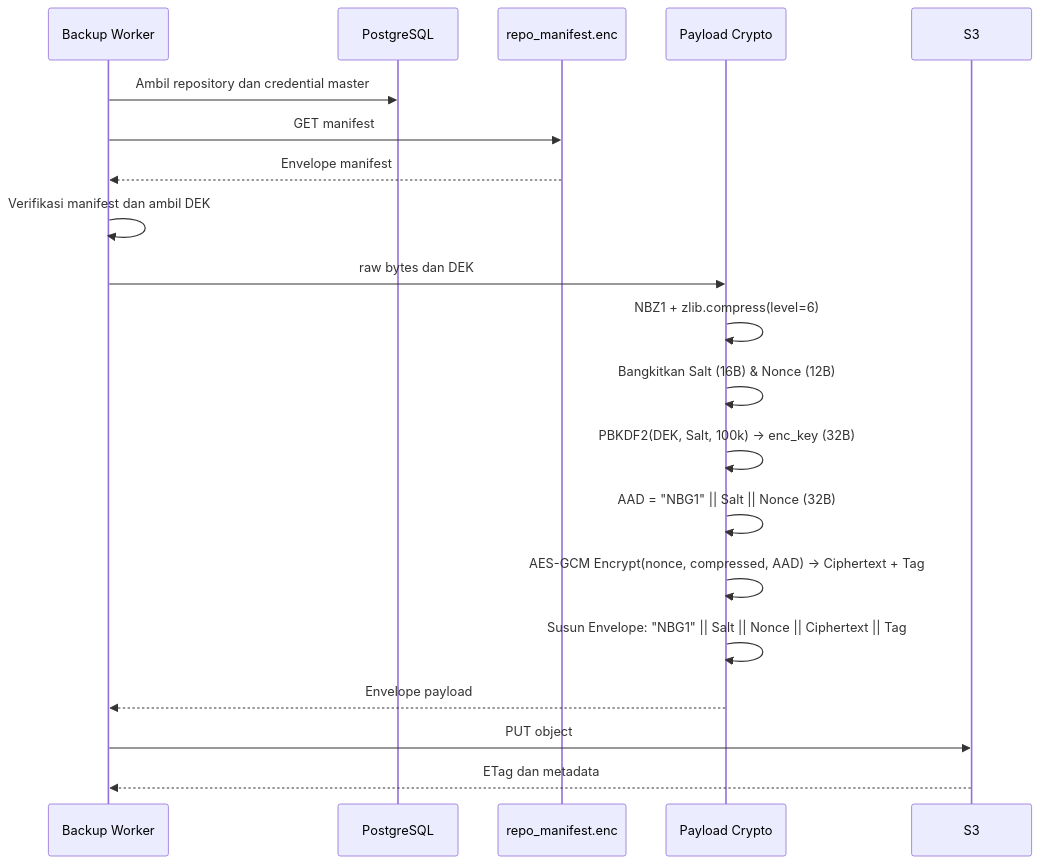
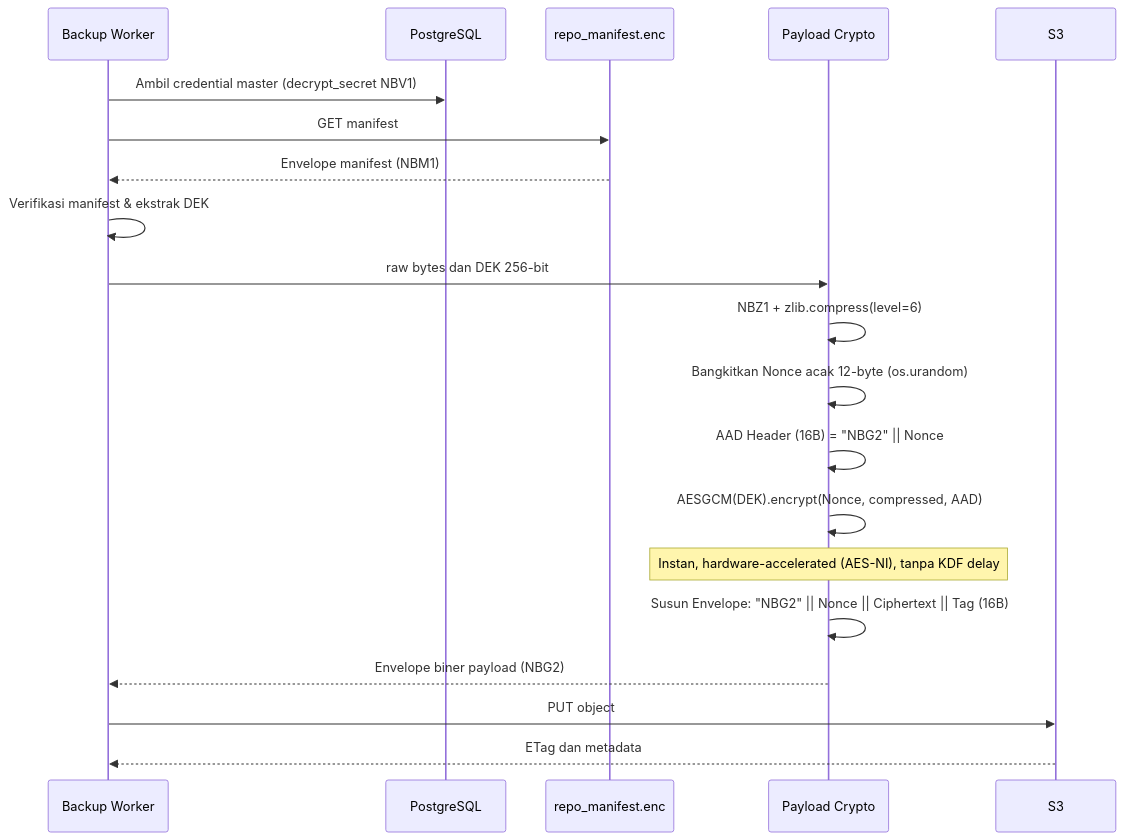
Before and after one commit to NugrohoAdySusanto/network-backup: the first of 2 diagrams in docs/03-design/enkripsi-backup-s3.md, drawn with Mermaid. The commit also changed other lines of this file and 9 other files, not shown here.

Commit message:
refactor: migrate manifest, payload, and vault crypto modules to AES-256-GCM AEAD

````diff
--- a/docs/03-design/enkripsi-backup-s3.md
+++ b/docs/03-design/enkripsi-backup-s3.md
@@ -50,23 +78,23 @@
 ```mermaid
 sequenceDiagram
     participant W as Backup Worker
     participant DB as PostgreSQL
     participant M as repo_manifest.enc
     participant C as Payload Crypto
     participant S as S3
 
-    W->>DB: Ambil repository dan credential master
+    W->>DB: Ambil credential master (decrypt_secret NBV1)
     W->>M: GET manifest
-    M-->>W: Envelope manifest
-    W->>W: Verifikasi manifest dan ambil DEK
-    W->>C: raw bytes dan DEK
+    M-->>W: Envelope manifest (NBM1)
+    W->>W: Verifikasi manifest & ekstrak DEK
+    W->>C: raw bytes dan DEK 256-bit
     C->>C: NBZ1 + zlib.compress(level=6)
-    C->>C: Bangkitkan Salt (16B) & Nonce (12B)
-    C->>C: PBKDF2(DEK, Salt, 100k) -> enc_key (32B)
-    C->>C: AAD = "NBG1" || Salt || Nonce (32B)
-    C->>C: AES-GCM Encrypt(nonce, compressed, AAD) -> Ciphertext + Tag
-    C->>C: Susun Envelope: "NBG1" || Salt || Nonce || Ciphertext || Tag
-    C-->>W: Envelope payload
+    C->>C: Bangkitkan Nonce acak 12-byte (os.urandom)
+    C->>C: AAD Header (16B) = "NBG2" || Nonce
+    C->>C: AESGCM(DEK).encrypt(Nonce, compressed, AAD)
+    Note over C: Instan, hardware-accelerated (AES-NI), tanpa KDF delay
+    C->>C: Susun Envelope: "NBG2" || Nonce || Ciphertext || Tag (16B)
+    C-->>W: Envelope biner payload (NBG2)
     W->>S: PUT object
     S-->>W: ETag dan metadata
 ```
````
